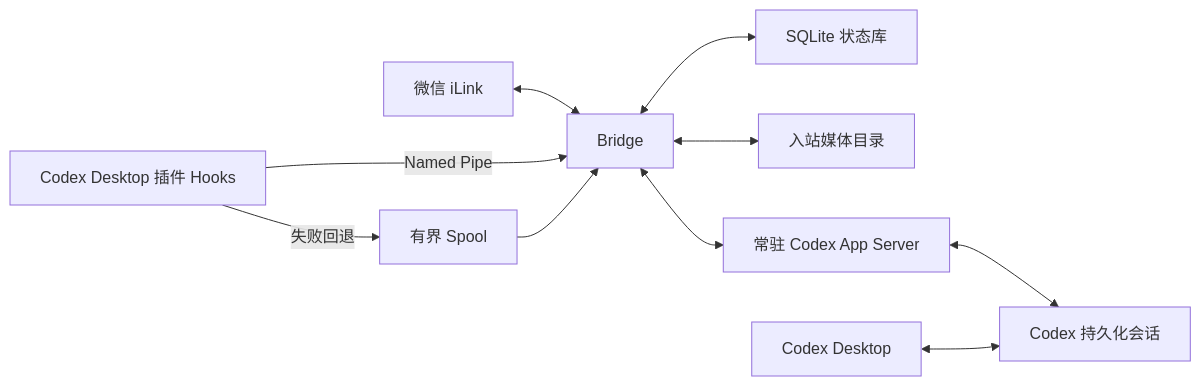
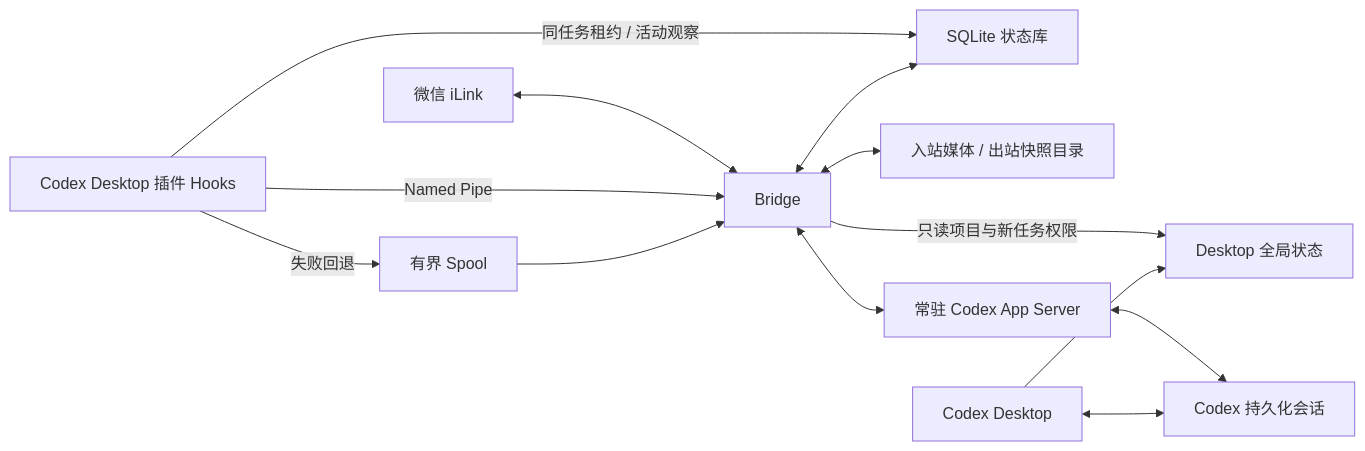
One commit to Obito-404/Codex_iLink changed the diagram in SPEC.md. Above: the diagram before and after it, drawn with Mermaid. The commit also changed other lines of this file and 13 other files, not shown here.

First line of the commit message:
docs: 完善平台说明、用户指南和架构图

````diff
--- a/SPEC.md
+++ b/SPEC.md
@@ -36,12 +36,15 @@
 ```mermaid
 flowchart LR
     W["微信 iLink"] <--> B["Bridge"]
     P["Codex Desktop 插件 Hooks"] -->|"Named Pipe"| B
     P -->|"失败回退"| S["有界 Spool"]
     S --> B
+    P -->|"同任务租约 / 活动观察"| DB
     B <--> DB["SQLite 状态库"]
-    B <--> M["入站媒体目录"]
+    B <--> M["入站媒体 / 出站快照目录"]
+    B -->|"只读项目与新任务权限"| G["Desktop 全局状态"]
     B <--> A["常驻 Codex App Server"]
     A <--> H["Codex 持久化会话"]
     D["Codex Desktop"] <--> H
+    D --> G
 ```
````
